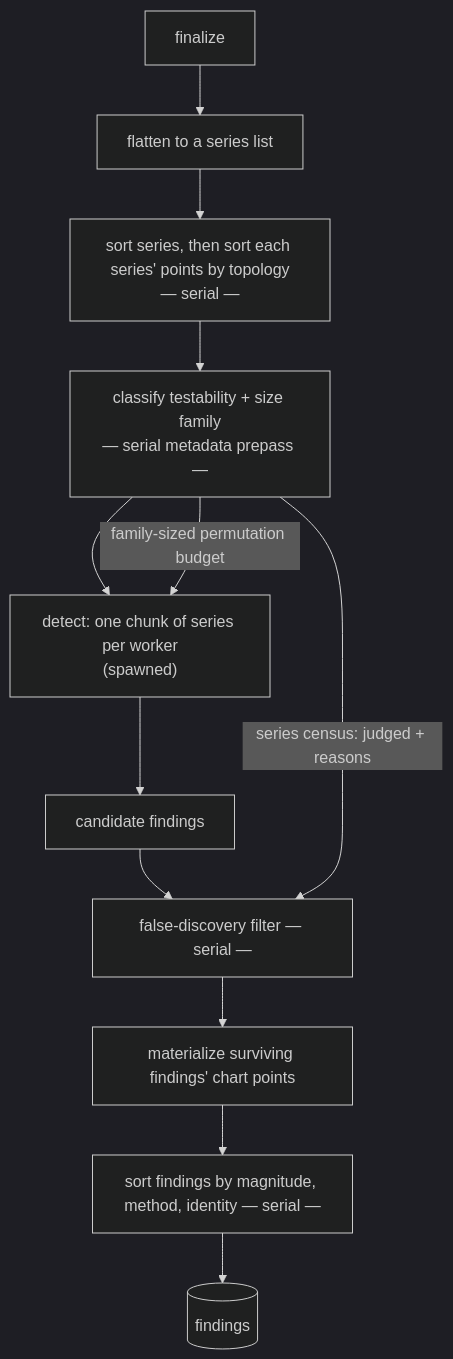
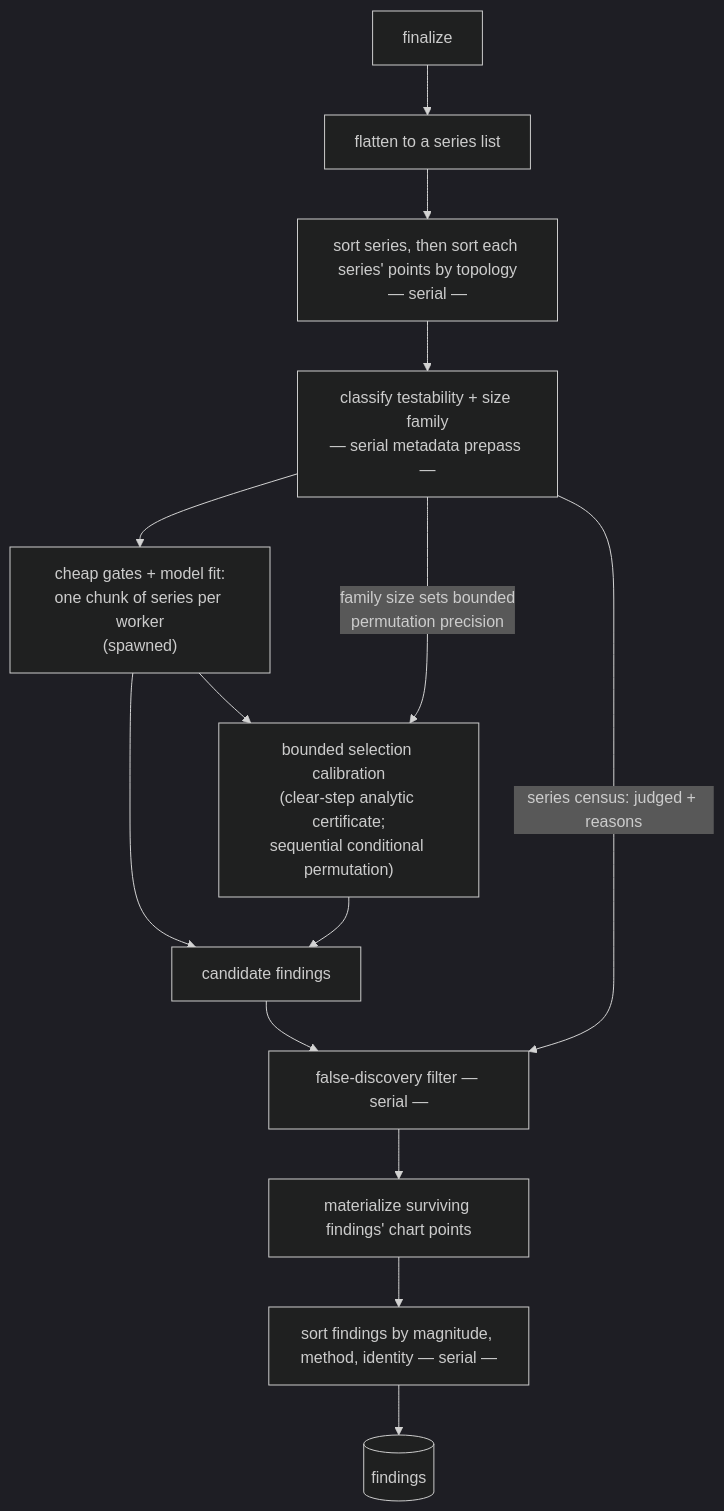
Before and after one commit to folo-rs/folo: the third of 4 diagrams in packages/cargo-bench-history/docs/analyze.md, drawn with Mermaid (dark theme). The commit also changed other lines of this file and 15 other files, not shown here.

````diff
--- a/packages/cargo-bench-history/docs/analyze.md
+++ b/packages/cargo-bench-history/docs/analyze.md
@@ -116,14 +116,16 @@
 ```mermaid
 flowchart TD
   FIN["finalize"] --> FLAT["flatten to a series list"]
   FLAT --> SS["sort series, then sort each series' points by topology\n— serial —"]
   SS --> CENSUS["classify testability + size family\n— serial metadata prepass —"]
-  CENSUS --> DALL["detect: one chunk of series per worker\n(spawned)"]
+  CENSUS --> DALL["cheap gates + model fit:\none chunk of series per worker\n(spawned)"]
   DALL --> CANDS["candidate findings"]
+  DALL --> CAL["bounded selection calibration\n(clear-step analytic certificate;\nsequential conditional permutation)"]
+  CAL --> CANDS
   CANDS --> BH["false-discovery filter — serial —"]
   CENSUS -->|series census: judged + reasons| BH
-  CENSUS -->|family-sized permutation budget| DALL
+  CENSUS -->|family size sets bounded\npermutation precision| CAL
   BH --> MAT["materialize surviving findings' chart points"]
   MAT --> SF["sort findings by magnitude, method, identity — serial —"]
   SF --> FINDINGS[("findings")]
 ```
````
